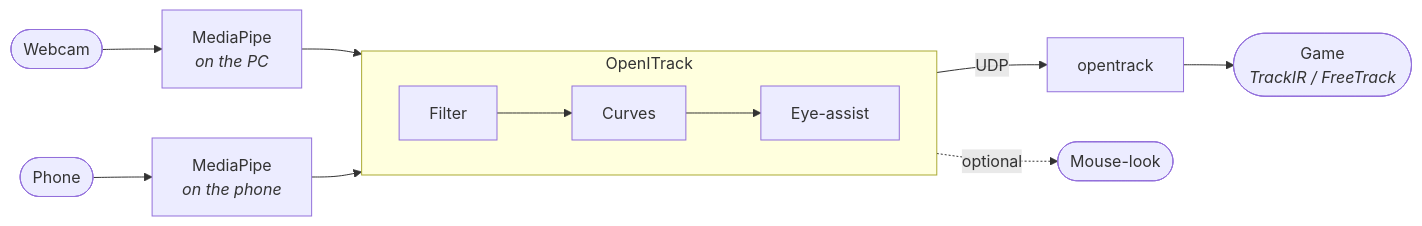
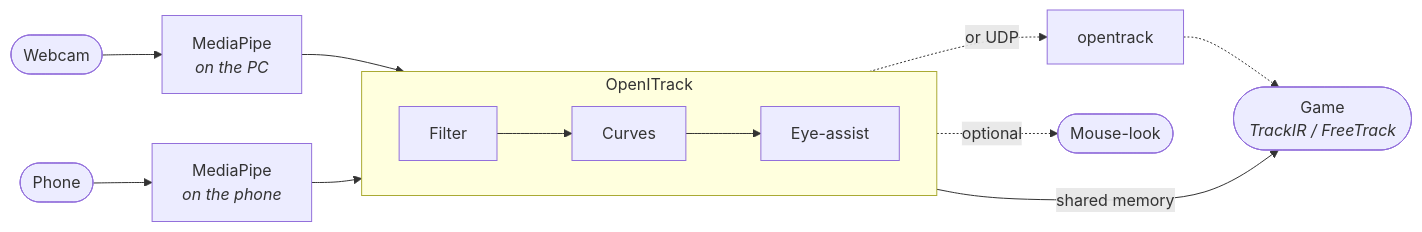
One commit to Rudrashish-Das/OpenITrack changed the diagram in README.md. Above: the diagram before and after it, drawn with Mermaid. The commit also changed other lines of this file and 17 other files, not shown here.

First line of the commit message:
Direct TrackIR/FreeTrack game output, no opentrack needed

````diff
--- a/README.md
+++ b/README.md
@@ -15,16 +15,16 @@
 ```mermaid
 flowchart LR
     webcam([Webcam]) --> mpPC[MediaPipe<br/><i>on the PC</i>]
     phone([Phone]) --> mpPhone[MediaPipe<br/><i>on the phone</i>]
     mpPC --> proc
     mpPhone --> proc
 
     subgraph proc [OpenITrack]
         direction LR
         filter[Filter] --> curves[Curves] --> eye[Eye-assist]
     end
 
-    eye -- UDP --> opentrack[opentrack]
-    opentrack --> game([Game<br/><i>TrackIR / FreeTrack</i>])
+    eye -- shared memory --> game([Game<br/><i>TrackIR / FreeTrack</i>])
+    eye -.->|or UDP| opentrack[opentrack] -.-> game
     eye -.->|optional| mouse([Mouse-look])
 ```
````
